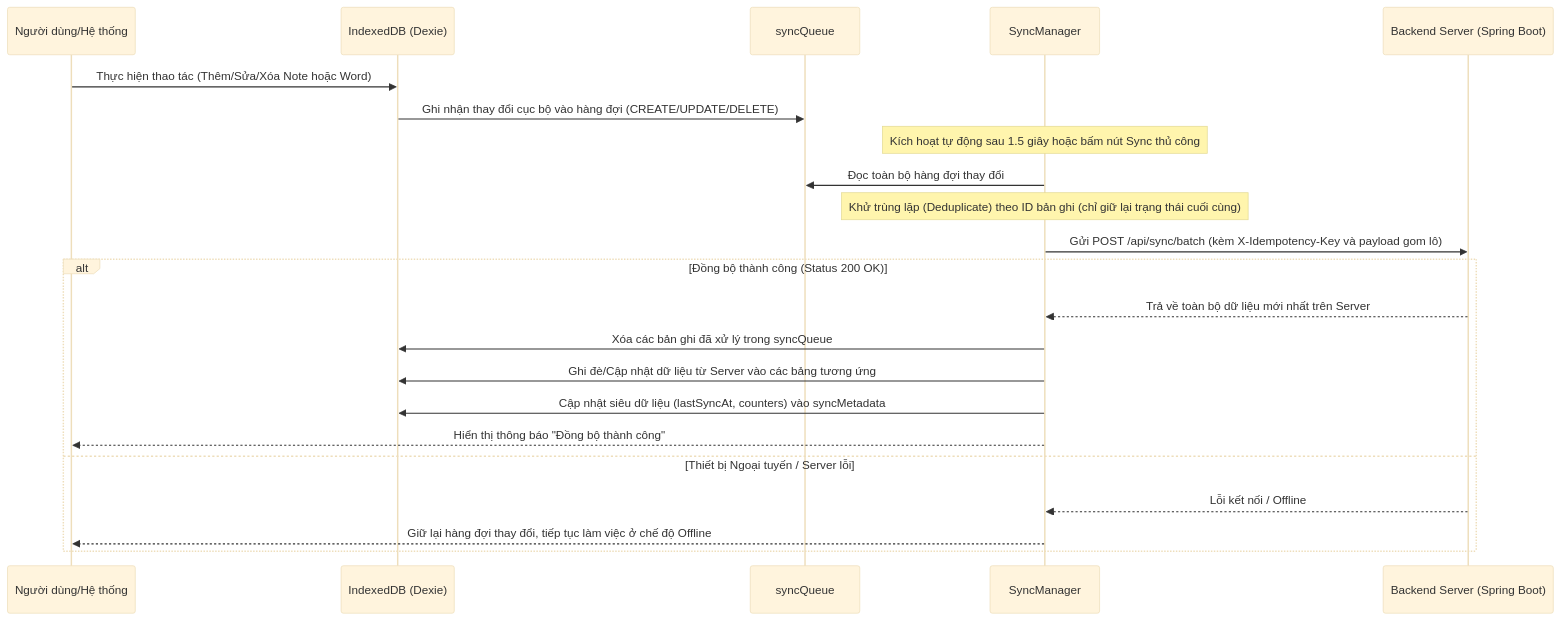
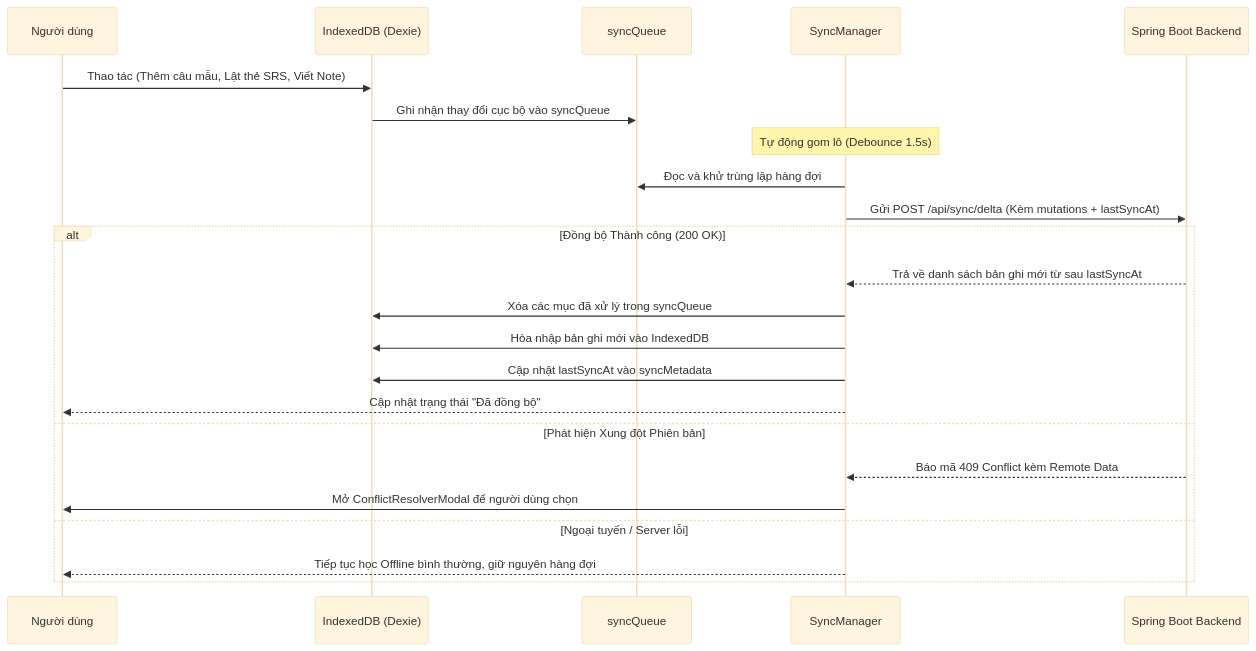
One commit to Kieuhieu1408/learning_english_fe changed the second of 2 diagrams in docs/brd.md. Above: the diagram before and after it, drawn with Mermaid (base theme). The commit also changed other lines of this file and 75 other files, not shown here.

````diff
--- a/docs/brd.md
+++ b/docs/brd.md
@@ -212,25 +175,26 @@
 ```mermaid
 sequenceDiagram
-    participant User as Người dùng/Hệ thống
+    participant User as Người dùng
     participant DB as IndexedDB (Dexie)
     participant Q as syncQueue
     participant Mgr as SyncManager
-    participant BE as Backend Server (Spring Boot)
+    participant BE as Spring Boot Backend
 
-    User->>DB: Thực hiện thao tác (Thêm/Sửa/Xóa Note hoặc Word)
-    DB->>Q: Ghi nhận thay đổi cục bộ vào hàng đợi (CREATE/UPDATE/DELETE)
-    Note over Mgr: Kích hoạt tự động sau 1.5 giây hoặc bấm nút Sync thủ công
-    Mgr->>Q: Đọc toàn bộ hàng đợi thay đổi
-    Note over Mgr: Khử trùng lặp (Deduplicate) theo ID bản ghi (chỉ giữ lại trạng thái cuối cùng)
-    Mgr->>BE: Gửi POST /api/sync/batch (kèm X-Idempotency-Key và payload gom lô)
-    alt Đồng bộ thành công (Status 200 OK)
-        BE-->>Mgr: Trả về toàn bộ dữ liệu mới nhất trên Server
-        Mgr->>DB: Xóa các bản ghi đã xử lý trong syncQueue
-        Mgr->>DB: Ghi đè/Cập nhật dữ liệu từ Server vào các bảng tương ứng
-        Mgr->>DB: Cập nhật siêu dữ liệu (lastSyncAt, counters) vào syncMetadata
-        Mgr-->>User: Hiển thị thông báo "Đồng bộ thành công"
-    else Thiết bị Ngoại tuyến / Server lỗi
-        BE-->>Mgr: Lỗi kết nối / Offline
-        Mgr-->>User: Giữ lại hàng đợi thay đổi, tiếp tục làm việc ở chế độ Offline
+    User->>DB: Thao tác (Thêm câu mẫu, Lật thẻ SRS, Viết Note)
+    DB->>Q: Ghi nhận thay đổi cục bộ vào syncQueue
+    Note over Mgr: Tự động gom lô (Debounce 1.5s)
+    Mgr->>Q: Đọc và khử trùng lặp hàng đợi
+    Mgr->>BE: Gửi POST /api/sync/delta (Kèm mutations + lastSyncAt)
+    alt Đồng bộ Thành công (200 OK)
+        BE-->>Mgr: Trả về danh sách bản ghi mới từ sau lastSyncAt
+        Mgr->>DB: Xóa các mục đã xử lý trong syncQueue
+        Mgr->>DB: Hòa nhập bản ghi mới vào IndexedDB
+        Mgr->>DB: Cập nhật lastSyncAt vào syncMetadata
+        Mgr-->>User: Cập nhật trạng thái "Đã đồng bộ"
+    else Phát hiện Xung đột Phiên bản
+        BE-->>Mgr: Báo mã 409 Conflict kèm Remote Data
+        Mgr->>User: Mở ConflictResolverModal để người dùng chọn
+    else Ngoại tuyến / Server lỗi
+        Mgr-->>User: Tiếp tục học Offline bình thường, giữ nguyên hàng đợi
     end
 ```
````
